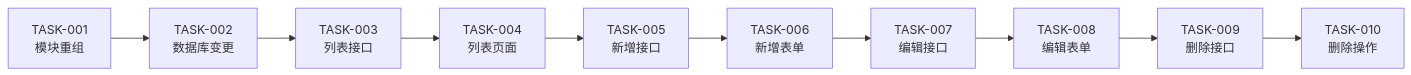
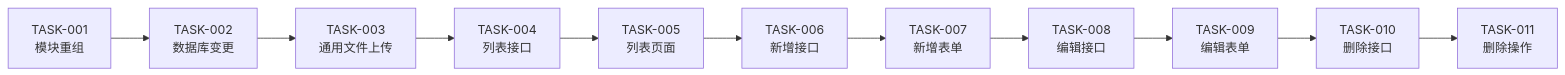
The diagram in .sddu/specs-tree-root/specs-tree-ability-embedding/specs-tree-embedding-platform/tasks.md (THZSummer/open-app), drawn with Mermaid before and after one commit. The commit also changed other lines of this file and 36 other files, not shown here.

````diff
--- a/.sddu/specs-tree-root/specs-tree-ability-embedding/specs-tree-embedding-platform/tasks.md
+++ b/.sddu/specs-tree-root/specs-tree-ability-embedding/specs-tree-embedding-platform/tasks.md
@@ -28,12 +29,13 @@
 ```mermaid
 graph LR
     T001["TASK-001<br/>模块重组"] --> T002["TASK-002<br/>数据库变更"]
-    T002 --> T003["TASK-003<br/>列表接口"]
-    T003 --> T004["TASK-004<br/>列表页面"]
-    T004 --> T005["TASK-005<br/>新增接口"]
-    T005 --> T006["TASK-006<br/>新增表单"]
-    T006 --> T007["TASK-007<br/>编辑接口"]
-    T007 --> T008["TASK-008<br/>编辑表单"]
-    T008 --> T009["TASK-009<br/>删除接口"]
-    T009 --> T010["TASK-010<br/>删除操作"]
+    T002 --> T003["TASK-003<br/>通用文件上传"]
+    T003 --> T004["TASK-004<br/>列表接口"]
+    T004 --> T005["TASK-005<br/>列表页面"]
+    T005 --> T006["TASK-006<br/>新增接口"]
+    T006 --> T007["TASK-007<br/>新增表单"]
+    T007 --> T008["TASK-008<br/>编辑接口"]
+    T008 --> T009["TASK-009<br/>编辑表单"]
+    T009 --> T010["TASK-010<br/>删除接口"]
+    T010 --> T011["TASK-011<br/>删除操作"]
 ```
````
